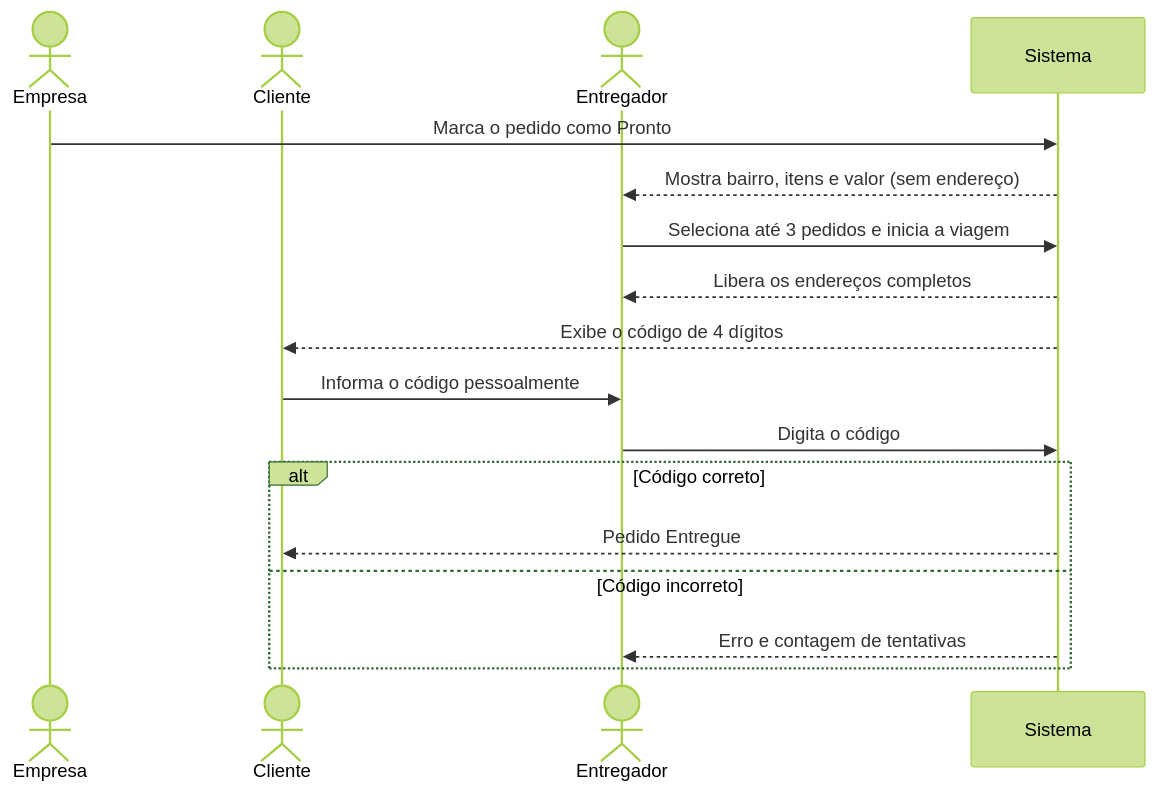
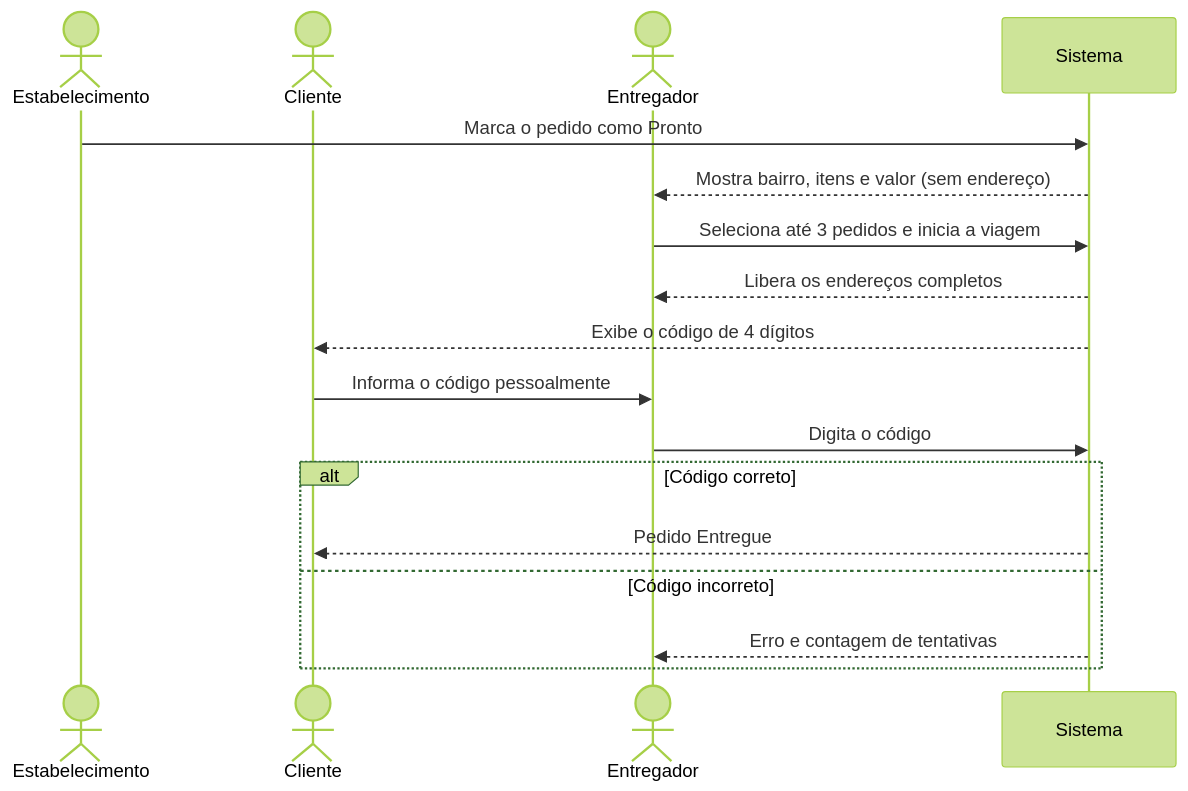
The second of 3 diagrams in README.md (josehenrique26/peddi), drawn with Mermaid (forest theme) before and after one commit. The commit also changed other lines of this file, not shown here.

````diff
--- a/README.md
+++ b/README.md
@@ -86,20 +94,20 @@
 ```mermaid
 sequenceDiagram
-    actor E as Empresa
+    actor E as Estabelecimento
     actor C as Cliente
     actor D as Entregador
     participant S as Sistema
 
     E->>S: Marca o pedido como Pronto
     S-->>D: Mostra bairro, itens e valor (sem endereço)
     D->>S: Seleciona até 3 pedidos e inicia a viagem
     S-->>D: Libera os endereços completos
     S-->>C: Exibe o código de 4 dígitos
     C->>D: Informa o código pessoalmente
     D->>S: Digita o código
     alt Código correto
         S-->>C: Pedido Entregue
     else Código incorreto
         S-->>D: Erro e contagem de tentativas
     end
 ```
````
